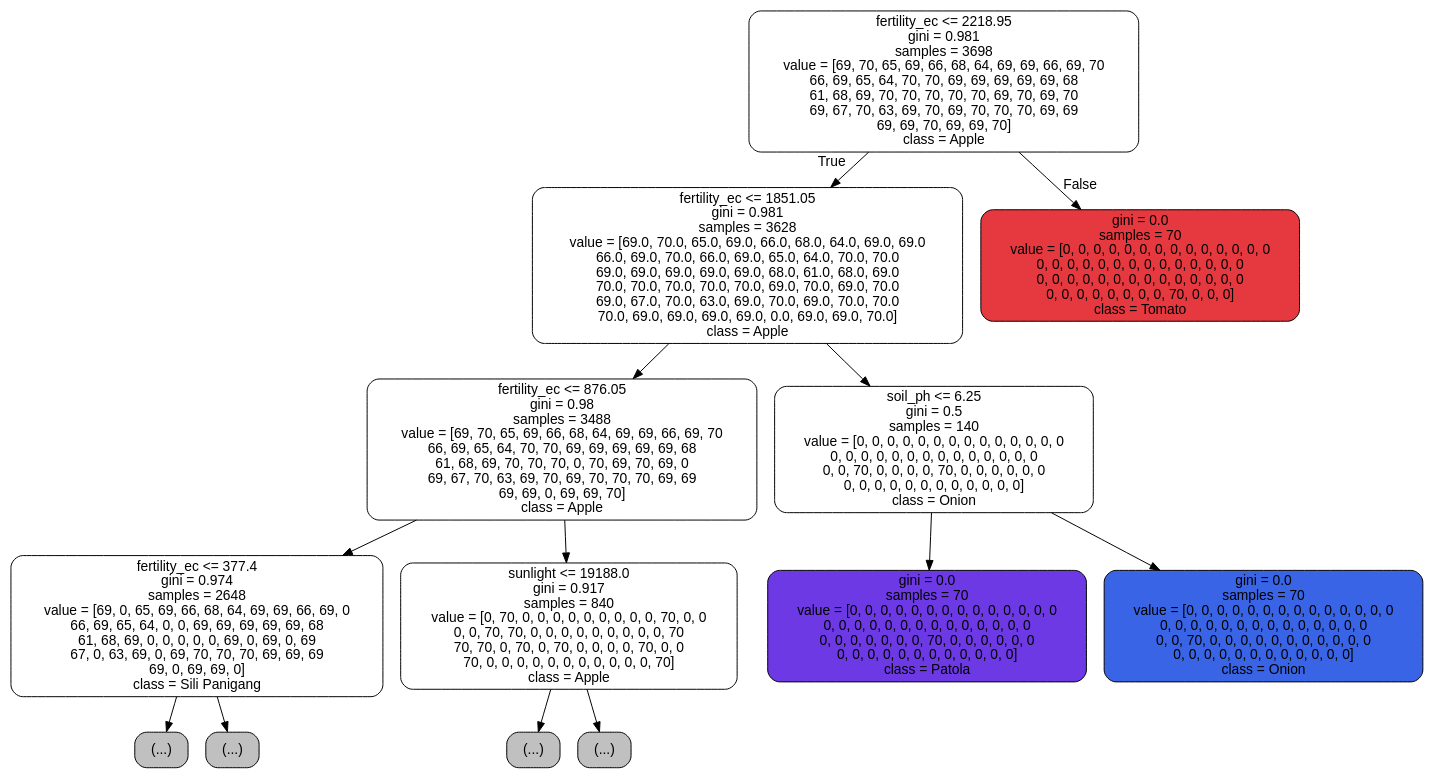
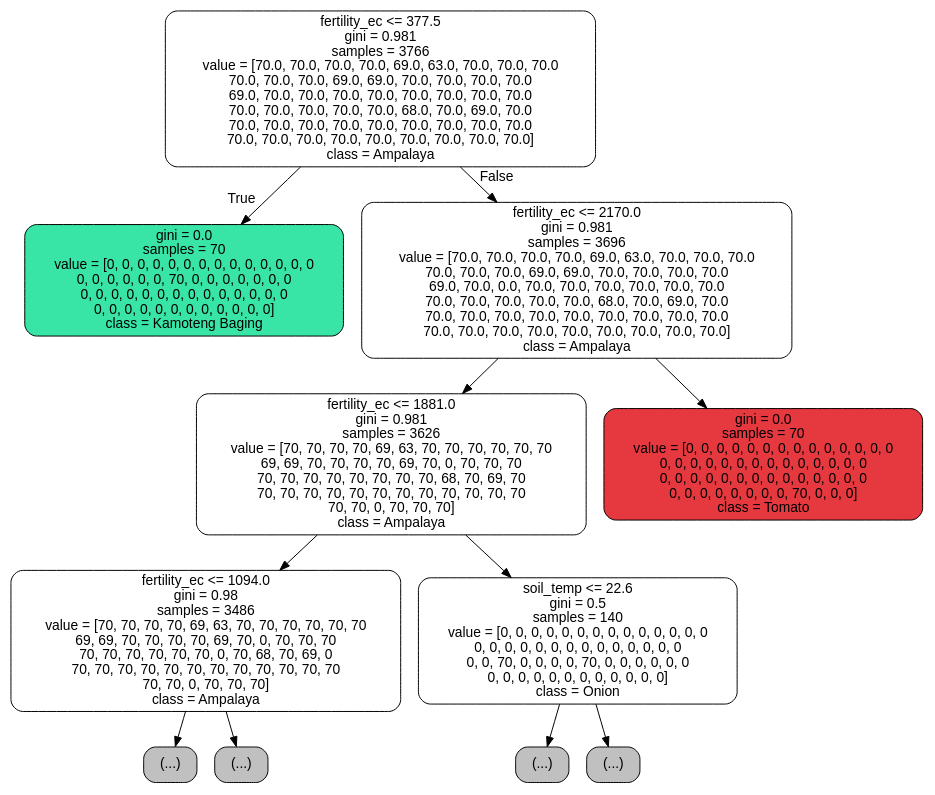
The diagram in precomputation/decision_tree.dot (CyrusUmali/AiCROP), drawn with Graphviz before and after one commit. The commit also changed 39 other files, not shown here.

```diff
--- a/precomputation/decision_tree.dot
+++ b/precomputation/decision_tree.dot
@@ -1,29 +1,25 @@
 digraph Tree {
 node [shape=box, style="filled, rounded", color="black", fontname="helvetica"] ;
 edge [fontname="helvetica"] ;
-0 [label="fertility_ec <= 2218.95\ngini = 0.981\nsamples = 3698\nvalue = [69, 70, 65, 69, 66, 68, 64, 69, 69, 66, 69, 70\n66, 69, 65, 64, 70, 70, 69, 69, 69, 69, 69, 68\n61, 68, 69, 70, 70, 70, 70, 70, 69, 70, 69, 70\n69, 67, 70, 63, 69, 70, 69, 70, 70, 70, 69, 69\n69, 69, 70, 69, 69, 70]\nclass = Apple", fillcolor="#ffffff"] ;
-1 [label="fertility_ec <= 1851.05\ngini = 0.981\nsamples = 3628\nvalue = [69.0, 70.0, 65.0, 69.0, 66.0, 68.0, 64.0, 69.0, 69.0\n66.0, 69.0, 70.0, 66.0, 69.0, 65.0, 64.0, 70.0, 70.0\n69.0, 69.0, 69.0, 69.0, 69.0, 68.0, 61.0, 68.0, 69.0\n70.0, 70.0, 70.0, 70.0, 70.0, 69.0, 70.0, 69.0, 70.0\n69.0, 67.0, 70.0, 63.0, 69.0, 70.0, 69.0, 70.0, 70.0\n70.0, 69.0, 69.0, 69.0, 69.0, 0.0, 69.0, 69.0, 70.0]\nclass = Apple", fillcolor="#ffffff"] ;
+0 [label="fertility_ec <= 377.5\ngini = 0.981\nsamples = 3766\nvalue = [70.0, 70.0, 70.0, 70.0, 69.0, 63.0, 70.0, 70.0, 70.0\n70.0, 70.0, 70.0, 69.0, 69.0, 70.0, 70.0, 70.0, 70.0\n69.0, 70.0, 70.0, 70.0, 70.0, 70.0, 70.0, 70.0, 70.0\n70.0, 70.0, 70.0, 70.0, 70.0, 68.0, 70.0, 69.0, 70.0\n70.0, 70.0, 70.0, 70.0, 70.0, 70.0, 70.0, 70.0, 70.0\n70.0, 70.0, 70.0, 70.0, 70.0, 70.0, 70.0, 70.0, 70.0]\nclass = Ampalaya", fillcolor="#ffffff"] ;
+1 [label="gini = 0.0\nsamples = 70\nvalue = [0, 0, 0, 0, 0, 0, 0, 0, 0, 0, 0, 0, 0, 0\n0, 0, 0, 0, 0, 0, 70, 0, 0, 0, 0, 0, 0, 0\n0, 0, 0, 0, 0, 0, 0, 0, 0, 0, 0, 0, 0, 0\n0, 0, 0, 0, 0, 0, 0, 0, 0, 0, 0, 0]\nclass = Kamoteng Baging", fillcolor="#39e5a6"] ;
 0 -> 1 [labeldistance=2.5, labelangle=45, headlabel="True"] ;
-2 [label="fertility_ec <= 876.05\ngini = 0.98\nsamples = 3488\nvalue = [69, 70, 65, 69, 66, 68, 64, 69, 69, 66, 69, 70\n66, 69, 65, 64, 70, 70, 69, 69, 69, 69, 69, 68\n61, 68, 69, 70, 70, 70, 0, 70, 69, 70, 69, 0\n69, 67, 70, 63, 69, 70, 69, 70, 70, 70, 69, 69\n69, 69, 0, 69, 69, 70]\nclass = Apple", fillcolor="#ffffff"] ;
-1 -> 2 ;
-3 [label="fertility_ec <= 377.4\ngini = 0.974\nsamples = 2648\nvalue = [69, 0, 65, 69, 66, 68, 64, 69, 69, 66, 69, 0\n66, 69, 65, 64, 0, 0, 69, 69, 69, 69, 69, 68\n61, 68, 69, 0, 0, 0, 0, 0, 69, 0, 69, 0, 69\n67, 0, 63, 69, 0, 69, 70, 70, 70, 69, 69, 69\n69, 0, 69, 69, 0]\nclass = Sili Panigang", fillcolor="#ffffff"] ;
+2 [label="fertility_ec <= 2170.0\ngini = 0.981\nsamples = 3696\nvalue = [70.0, 70.0, 70.0, 70.0, 69.0, 63.0, 70.0, 70.0, 70.0\n70.0, 70.0, 70.0, 69.0, 69.0, 70.0, 70.0, 70.0, 70.0\n69.0, 70.0, 0.0, 70.0, 70.0, 70.0, 70.0, 70.0, 70.0\n70.0, 70.0, 70.0, 70.0, 70.0, 68.0, 70.0, 69.0, 70.0\n70.0, 70.0, 70.0, 70.0, 70.0, 70.0, 70.0, 70.0, 70.0\n70.0, 70.0, 70.0, 70.0, 70.0, 70.0, 70.0, 70.0, 70.0]\nclass = Ampalaya", fillcolor="#ffffff"] ;
+0 -> 2 [labeldistance=2.5, labelangle=-45, headlabel="False"] ;
+3 [label="fertility_ec <= 1881.0\ngini = 0.981\nsamples = 3626\nvalue = [70, 70, 70, 70, 69, 63, 70, 70, 70, 70, 70, 70\n69, 69, 70, 70, 70, 70, 69, 70, 0, 70, 70, 70\n70, 70, 70, 70, 70, 70, 70, 70, 68, 70, 69, 70\n70, 70, 70, 70, 70, 70, 70, 70, 70, 70, 70, 70\n70, 70, 0, 70, 70, 70]\nclass = Ampalaya", fillcolor="#ffffff"] ;
 2 -> 3 ;
-4 [label="(...)", fillcolor="#C0C0C0"] ;
+4 [label="fertility_ec <= 1094.0\ngini = 0.98\nsamples = 3486\nvalue = [70, 70, 70, 70, 69, 63, 70, 70, 70, 70, 70, 70\n69, 69, 70, 70, 70, 70, 69, 70, 0, 70, 70, 70\n70, 70, 70, 70, 70, 70, 0, 70, 68, 70, 69, 0\n70, 70, 70, 70, 70, 70, 70, 70, 70, 70, 70, 70\n70, 70, 0, 70, 70, 70]\nclass = Ampalaya", fillcolor="#ffffff"] ;
 3 -> 4 ;
-7 [label="(...)", fillcolor="#C0C0C0"] ;
-3 -> 7 ;
-300 [label="sunlight <= 19188.0\ngini = 0.917\nsamples = 840\nvalue = [0, 70, 0, 0, 0, 0, 0, 0, 0, 0, 0, 70, 0, 0\n0, 0, 70, 70, 0, 0, 0, 0, 0, 0, 0, 0, 0, 70\n70, 70, 0, 70, 0, 70, 0, 0, 0, 0, 70, 0, 0\n70, 0, 0, 0, 0, 0, 0, 0, 0, 0, 0, 0, 70]\nclass = Apple", fillcolor="#ffffff"] ;
-2 -> 300 ;
-301 [label="(...)", fillcolor="#C0C0C0"] ;
-300 -> 301 ;
-302 [label="(...)", fillcolor="#C0C0C0"] ;
-300 -> 302 ;
-393 [label="soil_ph <= 6.25\ngini = 0.5\nsamples = 140\nvalue = [0, 0, 0, 0, 0, 0, 0, 0, 0, 0, 0, 0, 0, 0\n0, 0, 0, 0, 0, 0, 0, 0, 0, 0, 0, 0, 0, 0\n0, 0, 70, 0, 0, 0, 0, 70, 0, 0, 0, 0, 0, 0\n0, 0, 0, 0, 0, 0, 0, 0, 0, 0, 0, 0]\nclass = Onion", fillcolor="#ffffff"] ;
-1 -> 393 ;
-394 [label="gini = 0.0\nsamples = 70\nvalue = [0, 0, 0, 0, 0, 0, 0, 0, 0, 0, 0, 0, 0, 0\n0, 0, 0, 0, 0, 0, 0, 0, 0, 0, 0, 0, 0, 0\n0, 0, 0, 0, 0, 0, 0, 70, 0, 0, 0, 0, 0, 0\n0, 0, 0, 0, 0, 0, 0, 0, 0, 0, 0, 0]\nclass = Patola", fillcolor="#6d39e5"] ;
-393 -> 394 ;
-395 [label="gini = 0.0\nsamples = 70\nvalue = [0, 0, 0, 0, 0, 0, 0, 0, 0, 0, 0, 0, 0, 0\n0, 0, 0, 0, 0, 0, 0, 0, 0, 0, 0, 0, 0, 0\n0, 0, 70, 0, 0, 0, 0, 0, 0, 0, 0, 0, 0, 0\n0, 0, 0, 0, 0, 0, 0, 0, 0, 0, 0, 0]\nclass = Onion", fillcolor="#3964e5"] ;
-393 -> 395 ;
-396 [label="gini = 0.0\nsamples = 70\nvalue = [0, 0, 0, 0, 0, 0, 0, 0, 0, 0, 0, 0, 0, 0\n0, 0, 0, 0, 0, 0, 0, 0, 0, 0, 0, 0, 0, 0\n0, 0, 0, 0, 0, 0, 0, 0, 0, 0, 0, 0, 0, 0\n0, 0, 0, 0, 0, 0, 0, 0, 70, 0, 0, 0]\nclass = Tomato", fillcolor="#e5393f"] ;
-0 -> 396 [labeldistance=2.5, labelangle=-45, headlabel="False"] ;
+5 [label="(...)", fillcolor="#C0C0C0"] ;
+4 -> 5 ;
+630 [label="(...)", fillcolor="#C0C0C0"] ;
+4 -> 630 ;
+731 [label="soil_temp <= 22.6\ngini = 0.5\nsamples = 140\nvalue = [0, 0, 0, 0, 0, 0, 0, 0, 0, 0, 0, 0, 0, 0\n0, 0, 0, 0, 0, 0, 0, 0, 0, 0, 0, 0, 0, 0\n0, 0, 70, 0, 0, 0, 0, 70, 0, 0, 0, 0, 0, 0\n0, 0, 0, 0, 0, 0, 0, 0, 0, 0, 0, 0]\nclass = Onion", fillcolor="#ffffff"] ;
+3 -> 731 ;
+732 [label="(...)", fillcolor="#C0C0C0"] ;
+731 -> 732 ;
+733 [label="(...)", fillcolor="#C0C0C0"] ;
+731 -> 733 ;
+734 [label="gini = 0.0\nsamples = 70\nvalue = [0, 0, 0, 0, 0, 0, 0, 0, 0, 0, 0, 0, 0, 0\n0, 0, 0, 0, 0, 0, 0, 0, 0, 0, 0, 0, 0, 0\n0, 0, 0, 0, 0, 0, 0, 0, 0, 0, 0, 0, 0, 0\n0, 0, 0, 0, 0, 0, 0, 0, 70, 0, 0, 0]\nclass = Tomato", fillcolor="#e5393f"] ;
+2 -> 734 ;
 }
```
